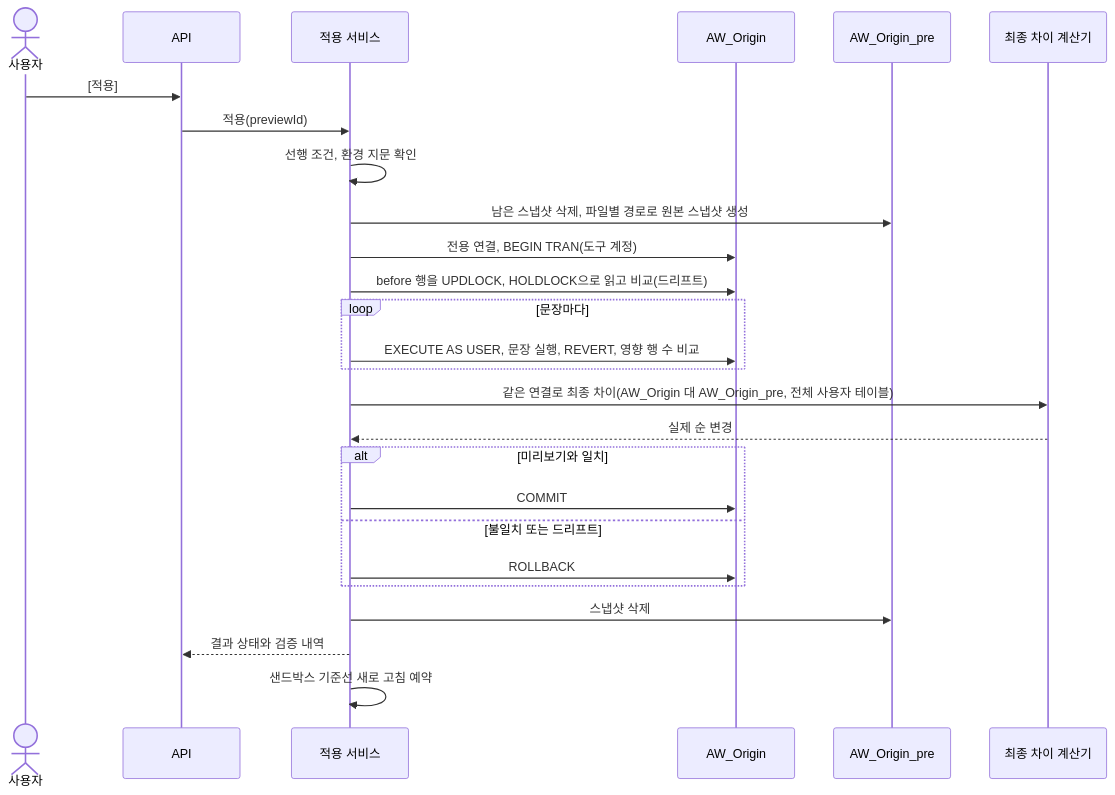
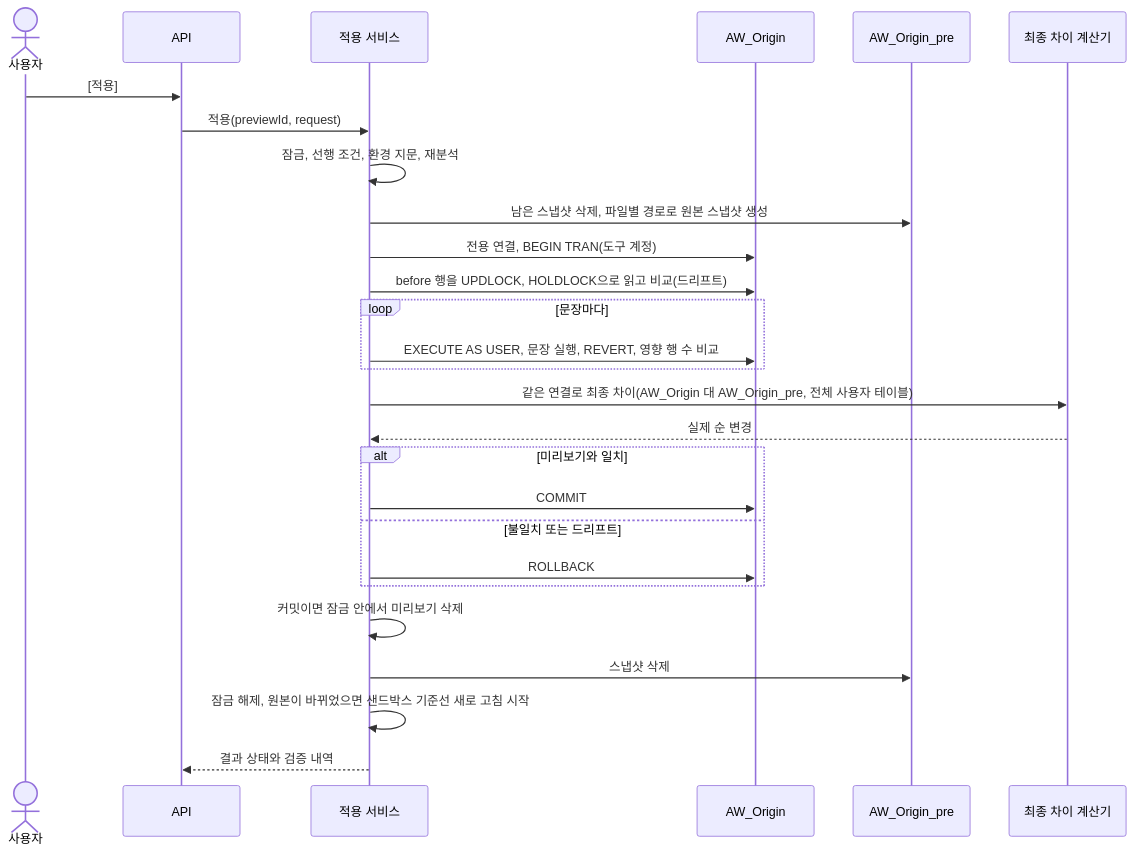
Before and after one commit to yoyowasi/db-ripple: the third of 3 diagrams in docs/architecture.md, drawn with Mermaid. The commit also changed other lines of this file and 36 other files, not shown here.

````diff
--- a/docs/architecture.md
+++ b/docs/architecture.md
@@ -328,28 +341,29 @@
 ```mermaid
 sequenceDiagram
   actor U as 사용자
   participant API as API
   participant AS as 적용 서비스
   participant ORG as AW_Origin
   participant PRE as AW_Origin_pre
   participant ND as 최종 차이 계산기
   U->>API: [적용]
-  API->>AS: 적용(previewId)
-  AS->>AS: 선행 조건, 환경 지문 확인
+  API->>AS: 적용(previewId, request)
+  AS->>AS: 잠금, 선행 조건, 환경 지문, 재분석
   AS->>PRE: 남은 스냅샷 삭제, 파일별 경로로 원본 스냅샷 생성
   AS->>ORG: 전용 연결, BEGIN TRAN(도구 계정)
   AS->>ORG: before 행을 UPDLOCK, HOLDLOCK으로 읽고 비교(드리프트)
   loop 문장마다
     AS->>ORG: EXECUTE AS USER, 문장 실행, REVERT, 영향 행 수 비교
   end
   AS->>ND: 같은 연결로 최종 차이(AW_Origin 대 AW_Origin_pre, 전체 사용자 테이블)
   ND-->>AS: 실제 순 변경
   alt 미리보기와 일치
     AS->>ORG: COMMIT
   else 불일치 또는 드리프트
     AS->>ORG: ROLLBACK
   end
+  AS->>AS: 커밋이면 잠금 안에서 미리보기 삭제
   AS->>PRE: 스냅샷 삭제
+  AS->>AS: 잠금 해제, 원본이 바뀌었으면 샌드박스 기준선 새로 고침 시작
   AS-->>API: 결과 상태와 검증 내역
-  AS->>AS: 샌드박스 기준선 새로 고침 예약
 ```
````
